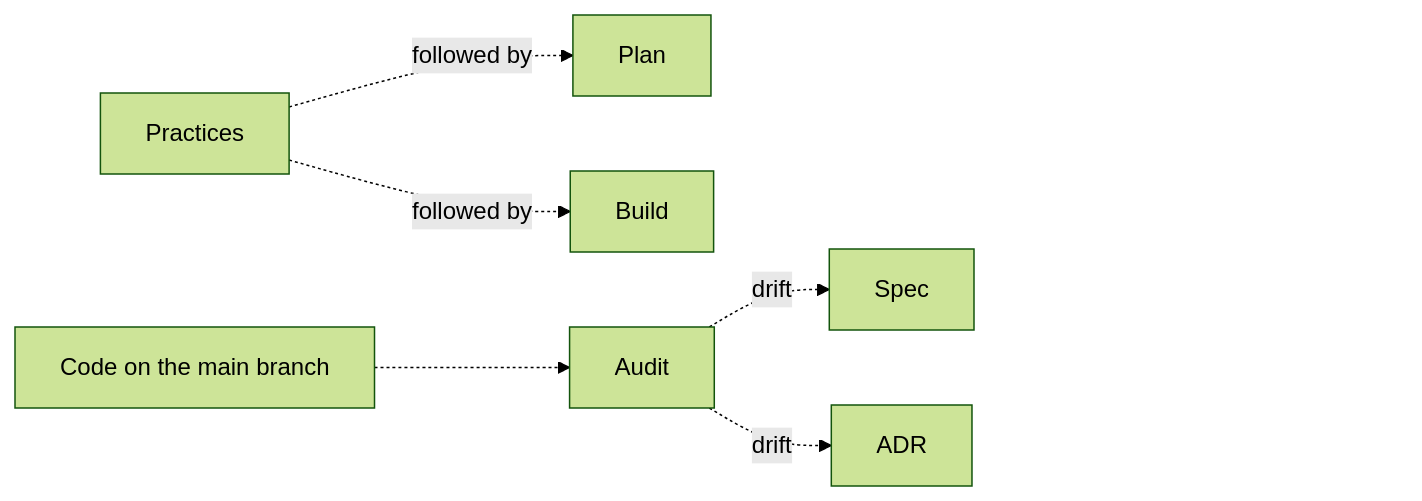
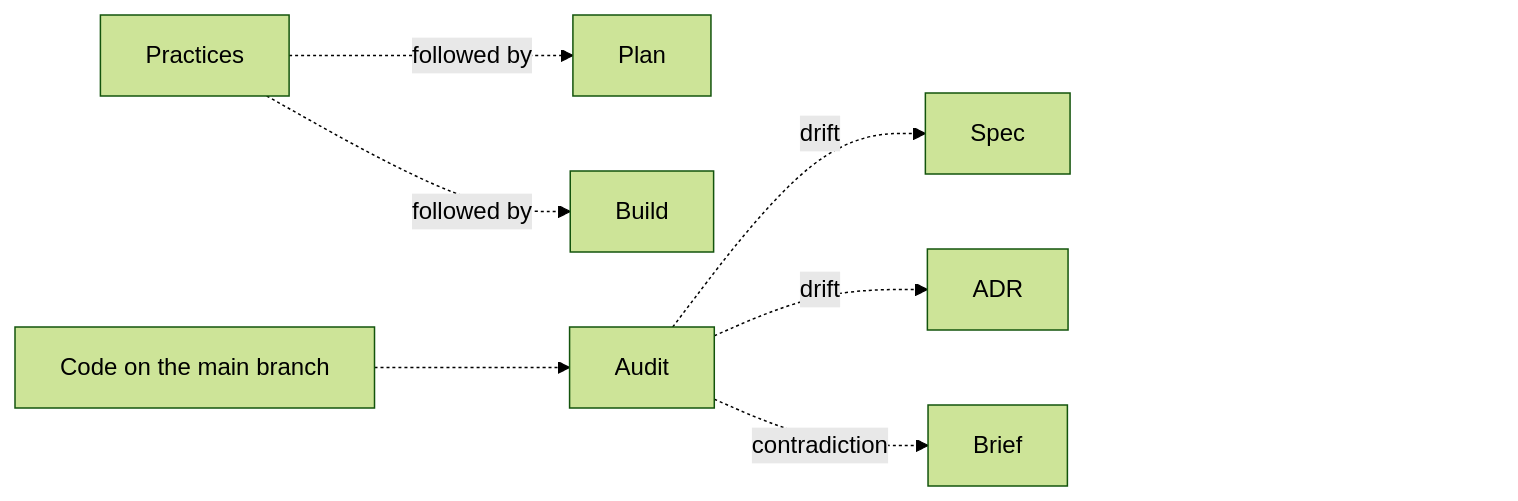
Before and after one commit to michaelmarconi/agentic-engineering: the third of 4 diagrams in docs/lifecycle.md, drawn with Mermaid (forest theme). The commit also changed other lines of this file and 98 other files, not shown here.

First line of the commit message:
Raise the brief only for a contradiction, and check it at audit

````diff
--- a/docs/lifecycle.md
+++ b/docs/lifecycle.md
@@ -121,10 +121,11 @@
 ```mermaid
 flowchart LR
     Practices -.->|followed by| Plan
     Practices -.->|followed by| Build
     Code[Code on the main branch] -.-> Audit
     Audit -.->|drift| Spec
     Audit -.->|drift| ADR
+    Audit -.->|contradiction| Brief
     ADR ~~~ Pad["#nbsp;#nbsp;#nbsp;#nbsp;#nbsp;#nbsp;#nbsp;#nbsp;#nbsp;#nbsp;#nbsp;#nbsp;#nbsp;#nbsp;#nbsp;#nbsp;#nbsp;#nbsp;#nbsp;#nbsp;#nbsp;#nbsp;#nbsp;#nbsp;#nbsp;#nbsp;#nbsp;#nbsp;#nbsp;#nbsp;#nbsp;#nbsp;#nbsp;#nbsp;#nbsp;#nbsp;#nbsp;#nbsp;#nbsp;#nbsp;"]
     style Pad fill:none,stroke:none
 ```
````
